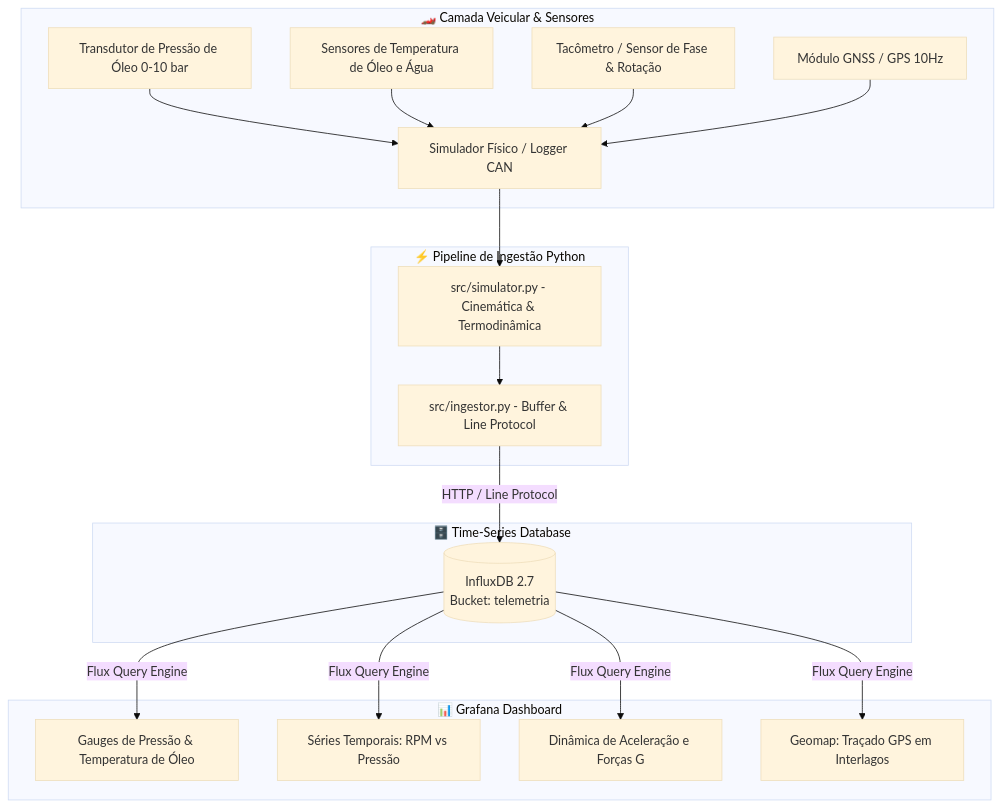
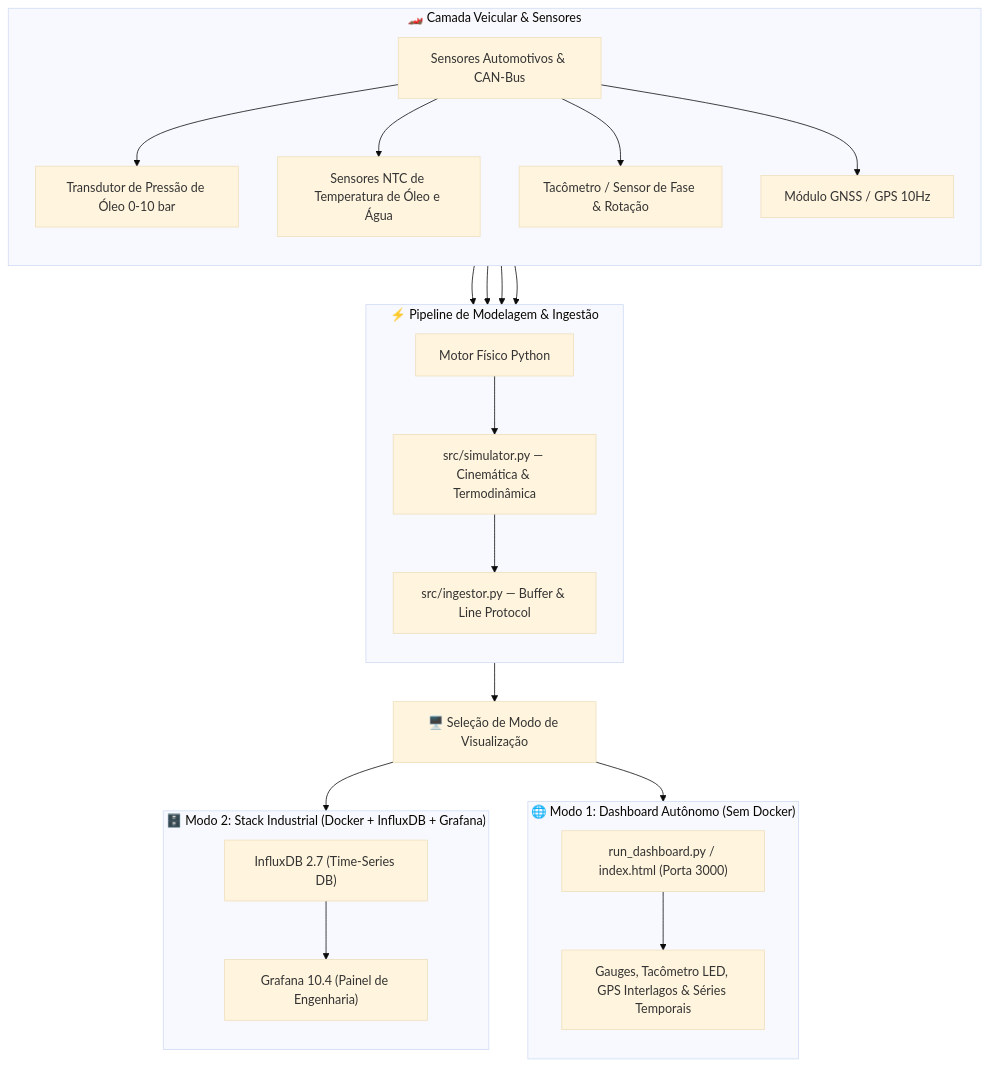
Before and after one commit to f1scher01/telemetria-veicular-grafana: the diagram in README.md, drawn with Mermaid (base theme). The commit also changed other lines of this file and 9 other files, not shown here.

Commit message:
feat: adicionar dashboard web interativo autonomo, imagens em alta resolucao e modo sem docker

````diff
--- a/README.md
+++ b/README.md
@@ -31,31 +42,41 @@
 ```mermaid
 flowchart TD
-    subgraph Aquisição ["🏎️ Camada Veicular & Sensores"]
-        A1[Transdutor de Pressão de Óleo 0-10 bar]
-        A2[Sensores de Temperatura de Óleo e Água]
-        A3[Tacômetro / Sensor de Fase & Rotação]
-        A4[Módulo GNSS / GPS 10Hz]
-        A5[Simulador Físico / Logger CAN]
+    subgraph Aquisicao ["🏎️ Camada Veicular & Sensores"]
+        direction TB
+        H1["Sensores Automotivos & CAN-Bus"]
+        A1["Transdutor de Pressão de Óleo 0-10 bar"]
+        A2["Sensores NTC de Temperatura de Óleo e Água"]
+        A3["Tacômetro / Sensor de Fase & Rotação"]
+        A4["Módulo GNSS / GPS 10Hz"]
+        H1 --> A1 & A2 & A3 & A4
     end
 
-    subgraph Ingestão ["⚡ Pipeline de Ingestão Python"]
-        B1[src/simulator.py - Cinemática & Termodinâmica]
-        B2[src/ingestor.py - Buffer & Line Protocol]
+    subgraph Ingestao ["⚡ Pipeline de Modelagem & Ingestão"]
+        direction TB
+        H2["Motor Físico Python"]
+        B1["src/simulator.py — Cinemática & Termodinâmica"]
+        B2["src/ingestor.py — Buffer & Line Protocol"]
+        H2 --> B1 --> B2
     end
 
-    subgraph Armazenamento ["🗄️ Time-Series Database"]
-        C1[(InfluxDB 2.7\nBucket: telemetria)]
+    A1 & A2 & A3 & A4 --> H2
+
+    B2 --> INTERFACE["🖥️ Seleção de Modo de Visualização"]
+
+    subgraph VisualizacaoAutonoma ["🌐 Modo 1: Dashboard Autônomo (Sem Docker)"]
+        direction TB
+        V1["run_dashboard.py / index.html (Porta 3000)"]
+        V2["Gauges, Tacômetro LED, GPS Interlagos & Séries Temporais"]
+        V1 --> V2
     end
 
-    subgraph Visualização ["📊 Grafana Dashboard"]
-        D1[Gauges de Pressão & Temperatura de Óleo]
-        D2[Séries Temporais: RPM vs Pressão]
-        D3[Dinâmica de Aceleração e Forças G]
-        D4[Geomap: Traçado GPS em Interlagos]
+    subgraph VisualizacaoIndustrial ["🗄️ Modo 2: Stack Industrial (Docker + InfluxDB + Grafana)"]
+        direction TB
+        I1["InfluxDB 2.7 (Time-Series DB)"]
+        I2["Grafana 10.4 (Painel de Engenharia)"]
+        I1 --> I2
     end
 
-    A1 & A2 & A3 & A4 --> A5
-    A5 --> B1 --> B2
-    B2 -->|HTTP / Line Protocol| C1
-    C1 -->|Flux Query Engine| D1 & D2 & D3 & D4
+    INTERFACE --> V1
+    INTERFACE --> I1
 ```
````
